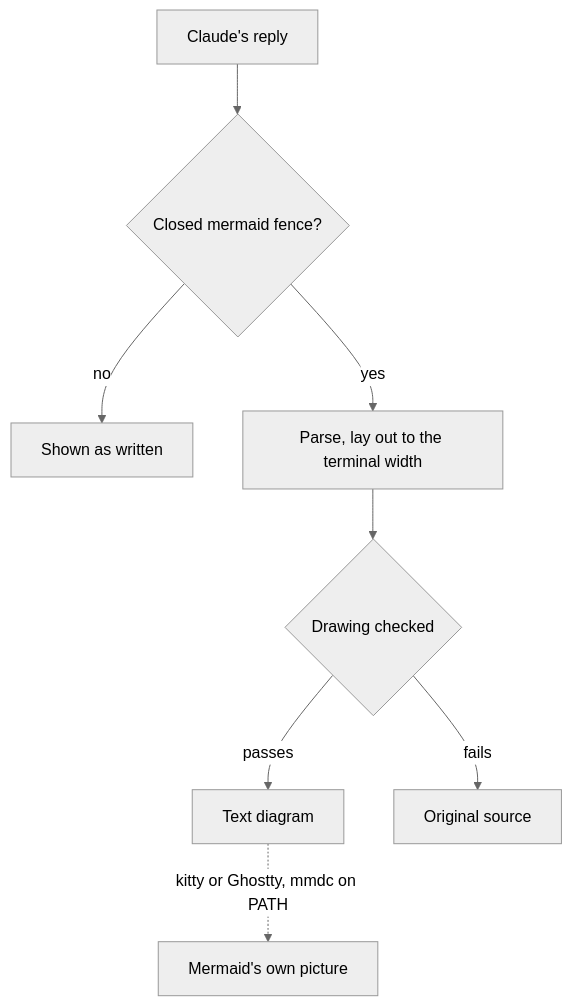
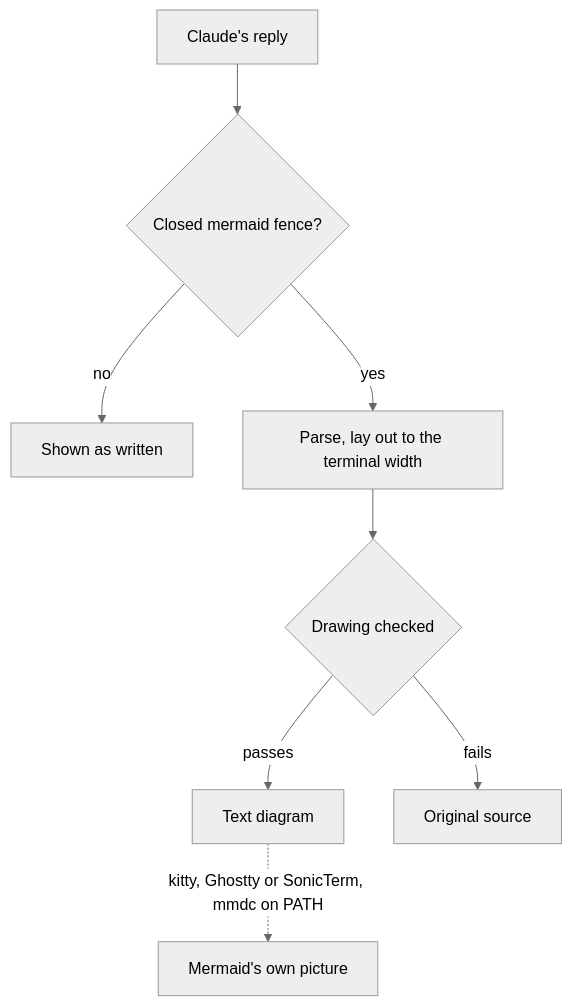
Before and after one commit to D0n9X1n/mermaid-tty: the diagram in README.md, drawn with Mermaid (neutral theme). The commit also changed other lines of this file and 4 other files, not shown here.

First line of the commit message:
Show pictures in SonicTerm on macOS, Linux and Windows (#48)

````diff
--- a/README.md
+++ b/README.md
@@ -119,10 +119,10 @@
 ```mermaid
 flowchart TD
   R[Claude's reply] --> S{Closed mermaid fence?}
   S -->|no| P[Shown as written]
   S -->|yes| C[Parse, lay out to the terminal width]
   C --> V{Drawing checked}
   V -->|passes| D[Text diagram]
   V -->|fails| F[Original source]
-  D -.->|kitty or Ghostty, mmdc on PATH| I[Mermaid's own picture]
+  D -.->|kitty, Ghostty or SonicTerm, mmdc on PATH| I[Mermaid's own picture]
 ```
````
